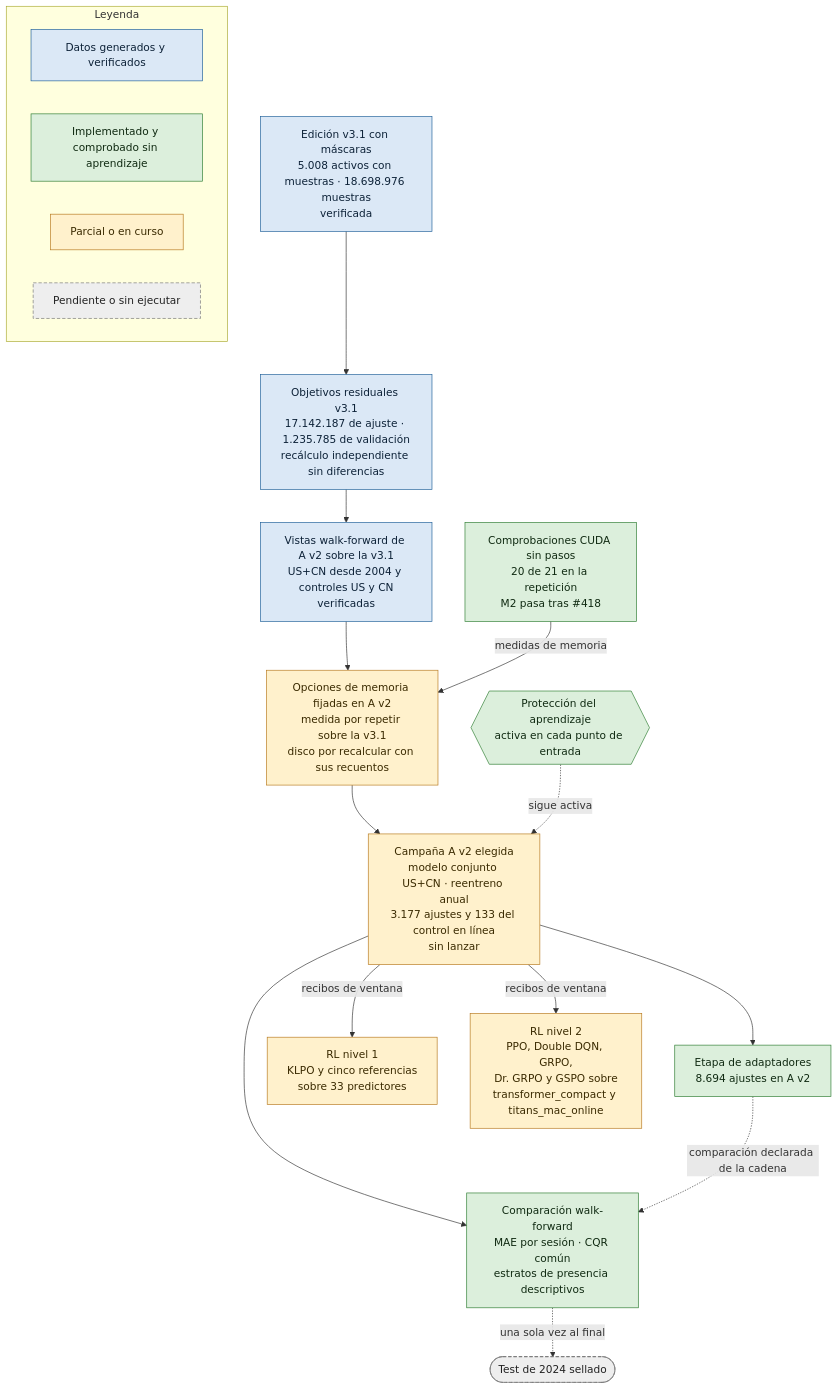
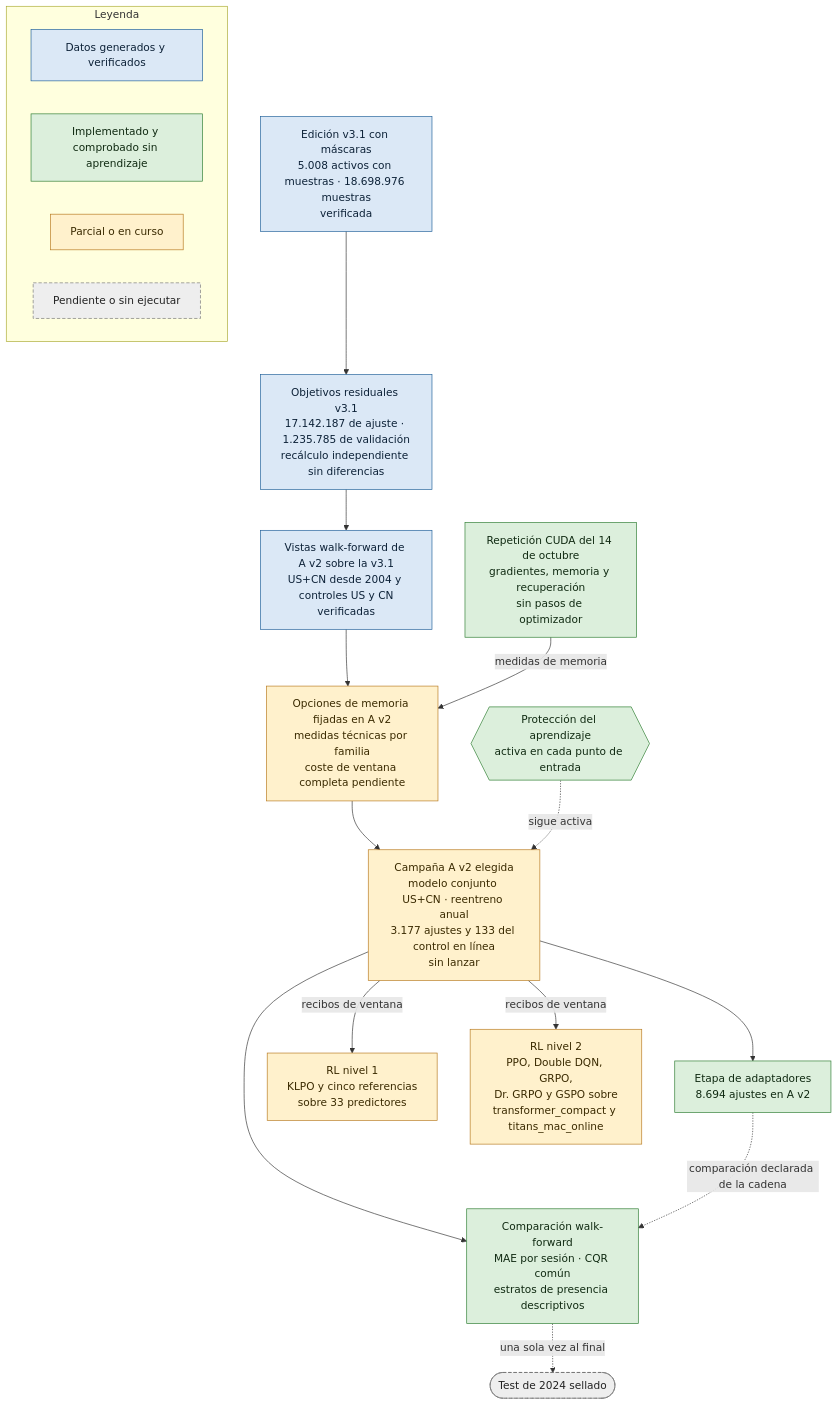
Before and after one commit to GonxKZ/mars-titan: the first of 3 diagrams in README.md, drawn with Mermaid. The commit also changed other lines of this file and 5 other files, not shown here.

````diff
--- a/README.md
+++ b/README.md
@@ -37,37 +37,37 @@
 ```mermaid
 flowchart TD
     E["Edición v3.1 con máscaras<br/>5.008 activos con muestras · 18.698.976 muestras<br/>verificada"]:::ejecutado
     O["Objetivos residuales v3.1<br/>17.142.187 de ajuste · 1.235.785 de validación<br/>recálculo independiente sin diferencias"]:::ejecutado
     H{{"Protección del aprendizaje<br/>activa en cada punto de entrada"}}:::comprobado
     W["Vistas walk-forward de A v2 sobre la v3.1<br/>US+CN desde 2004 y controles US y CN<br/>verificadas"]:::ejecutado
-    K["Comprobaciones CUDA sin pasos<br/>20 de 21 en la repetición<br/>M2 pasa tras #418"]:::comprobado
-    Q["Opciones de memoria fijadas en A v2<br/>medida por repetir sobre la v3.1<br/>disco por recalcular con sus recuentos"]:::parcial
+    K["Repetición CUDA del 14 de octubre<br/>gradientes, memoria y recuperación<br/>sin pasos de optimizador"]:::comprobado
+    Q["Opciones de memoria fijadas en A v2<br/>medidas técnicas por familia<br/>coste de ventana completa pendiente"]:::parcial
     A["Campaña A v2 elegida<br/>modelo conjunto US+CN · reentreno anual<br/>3.177 ajustes y 133 del control en línea<br/>sin lanzar"]:::parcial
     P["Etapa de adaptadores<br/>8.694 ajustes en A v2"]:::comprobado
     R1["RL nivel 1<br/>KLPO y cinco referencias<br/>sobre 33 predictores"]:::parcial
     R2["RL nivel 2<br/>PPO, Double DQN, GRPO,<br/>Dr. GRPO y GSPO sobre<br/>transformer_compact y titans_mac_online"]:::parcial
     C["Comparación walk-forward<br/>MAE por sesión · CQR común<br/>estratos de presencia descriptivos"]:::comprobado
     T(["Test de 2024 sellado"]):::pendiente
 
     E --> O --> W --> Q --> A
     K -- medidas de memoria --> Q
     H -. sigue activa .-> A
     A --> P
     A -- recibos de ventana --> R1
     A -- recibos de ventana --> R2
     A --> C
     P -. comparación declarada de la cadena .-> C
     C -. una sola vez al final .-> T
 
     subgraph LEY["Leyenda"]
         L0["Datos generados y verificados"]:::ejecutado
         L1["Implementado y comprobado sin aprendizaje"]:::comprobado
         L2["Parcial o en curso"]:::parcial
         L3["Pendiente o sin ejecutar"]:::pendiente
     end
 
     classDef ejecutado fill:#dbe8f6,stroke:#1f5f99,color:#0d2238
     classDef comprobado fill:#dcefdc,stroke:#2e7d32,color:#102a12
     classDef parcial fill:#fff1cc,stroke:#b7791f,color:#3a2a00
     classDef pendiente fill:#eeeeee,stroke:#757575,color:#222222,stroke-dasharray:5 3
 ```
````
